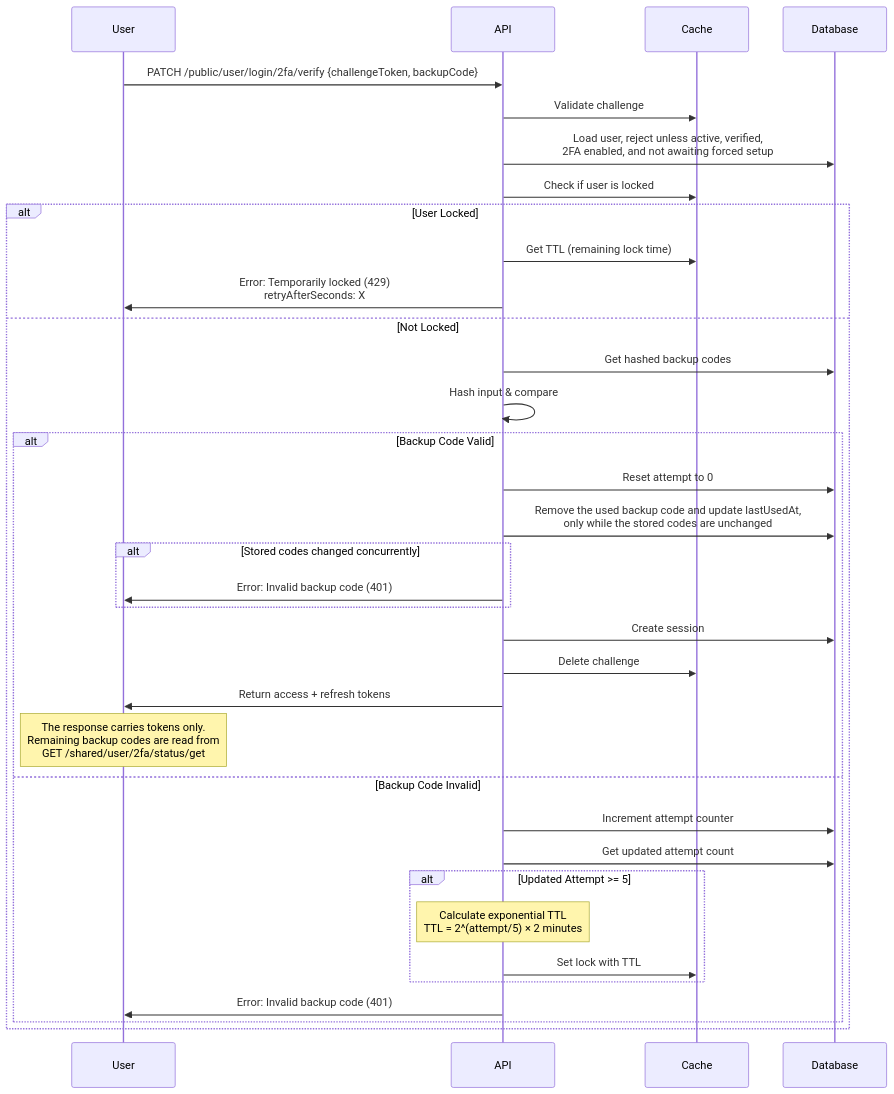
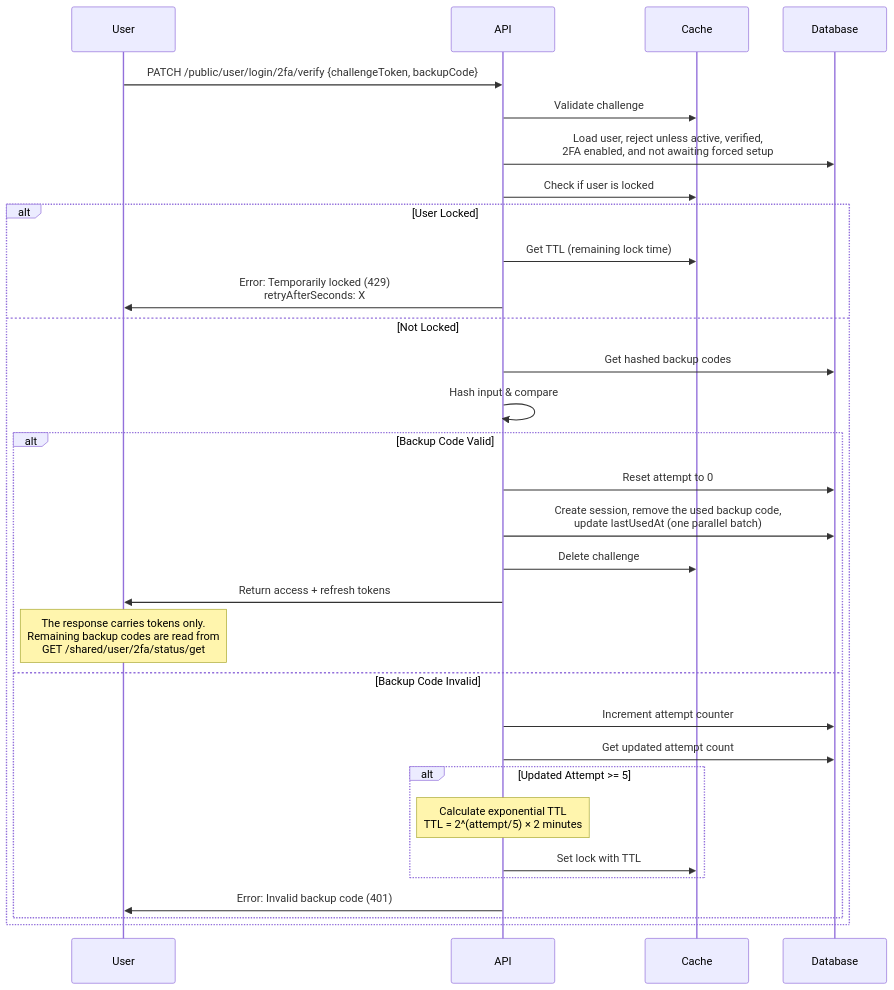
Before and after one commit to andrechristikan/ack-nestjs-boilerplate: the fourth of 9 diagrams in docs/two-factor.md, drawn with Mermaid. The commit also changed other lines of this file and 1480 other files, not shown here.

````diff
--- a/docs/two-factor.md
+++ b/docs/two-factor.md
@@ -318,38 +284,34 @@
 ```mermaid
 sequenceDiagram
     participant User
     participant API
     participant Cache
     participant Database
 
     User->>API: PATCH /public/user/login/2fa/verify {challengeToken, backupCode}
     API->>Cache: Validate challenge
     API->>Database: Load user, reject unless active, verified,<br/>2FA enabled, and not awaiting forced setup
     API->>Cache: Check if user is locked
     alt User Locked
         API->>Cache: Get TTL (remaining lock time)
         API->>User: Error: Temporarily locked (429)<br/>retryAfterSeconds: X
     else Not Locked
         API->>Database: Get hashed backup codes
         API->>API: Hash input & compare
         alt Backup Code Valid
             API->>Database: Reset attempt to 0
-            API->>Database: Remove the used backup code and update lastUsedAt,<br/>only while the stored codes are unchanged
-            alt Stored codes changed concurrently
-                API->>User: Error: Invalid backup code (401)
-            end
-            API->>Database: Create session
+            API->>Database: Create session, remove the used backup code,<br/>update lastUsedAt (one parallel batch)
             API->>Cache: Delete challenge
             API->>User: Return access + refresh tokens
             Note over User: The response carries tokens only.<br/>Remaining backup codes are read from<br/>GET /shared/user/2fa/status/get
         else Backup Code Invalid
             API->>Database: Increment attempt counter
             API->>Database: Get updated attempt count
             alt Updated Attempt >= 5
                 Note over API: Calculate exponential TTL<br/>TTL = 2^(attempt/5) × 2 minutes
                 API->>Cache: Set lock with TTL
             end
             API->>User: Error: Invalid backup code (401)
         end
     end
 ```
````
